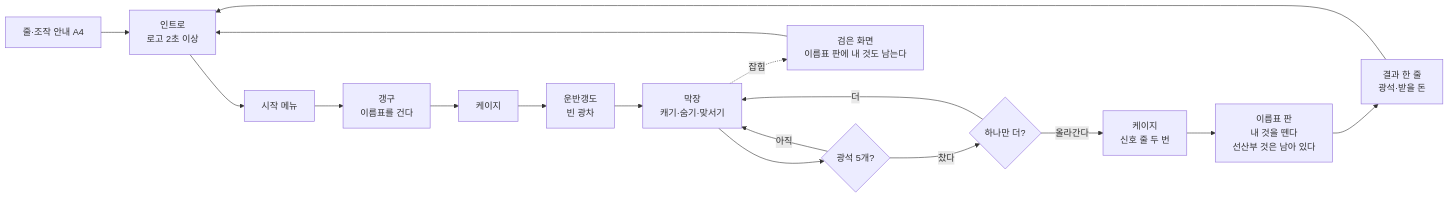
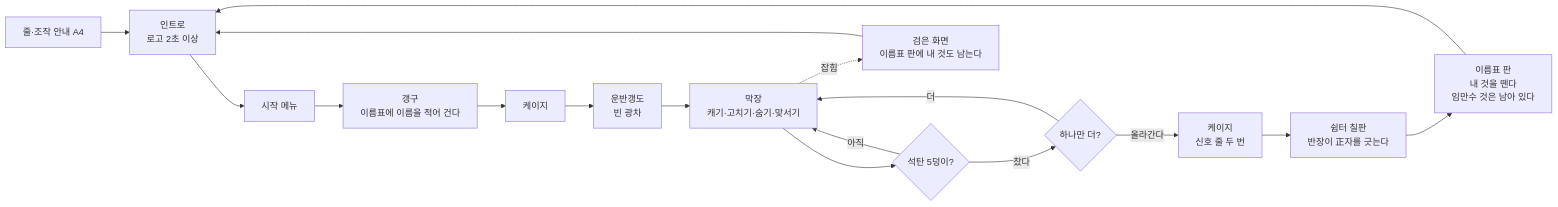
One commit to jhyun1234/Tunnel changed the fifth of 8 diagrams in docs/기획서/기획서.md. Above: the diagram before and after it, drawn with Mermaid. The commit also changed other lines of this file and 3 other files, not shown here.

````diff
--- a/docs/기획서/기획서.md
+++ b/docs/기획서/기획서.md
@@ -389,19 +604,19 @@
 ```mermaid
 flowchart LR
   Q["줄·조작 안내 A4"] --> I["인트로<br/>로고 2초 이상"]
   I --> M["시작 메뉴"]
-  M --> G["갱구<br/>이름표를 건다"]
+  M --> G["갱구<br/>이름표에 이름을 적어 건다"]
   G --> C["케이지"]
   C --> R["운반갱도<br/>빈 광차"]
-  R --> F["막장<br/>캐기·숨기·맞서기"]
-  F --> K{"광석 5개?"}
+  R --> F["막장<br/>캐기·고치기·숨기·맞서기"]
+  F --> K{"석탄 5덩이?"}
   K -- 아직 --> F
   K -- 찼다 --> Y{"하나만 더?"}
   Y -- 더 --> F
   Y -- 올라간다 --> U["케이지<br/>신호 줄 두 번"]
-  U --> E["이름표 판<br/>내 것을 뗀다<br/>선산부 것은 남아 있다"]
-  E --> P["결과 한 줄<br/>광석·받을 돈"]
-  P --> I
+  U --> B["쉼터 칠판<br/>반장이 正자를 긋는다"]
+  B --> E["이름표 판<br/>내 것을 뗀다<br/>임만수 것은 남아 있다"]
+  E --> I
   F -. 잡힘 .-> D["검은 화면<br/>이름표 판에 내 것도 남는다"]
   D --> I
 ```
````
